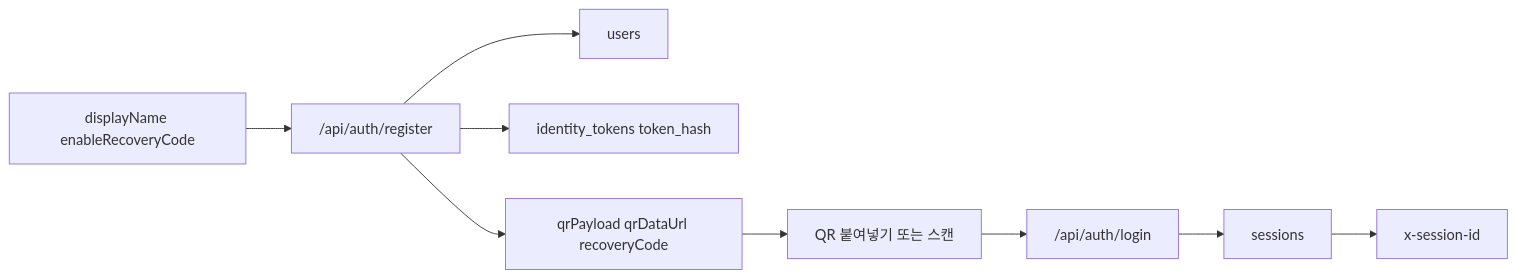
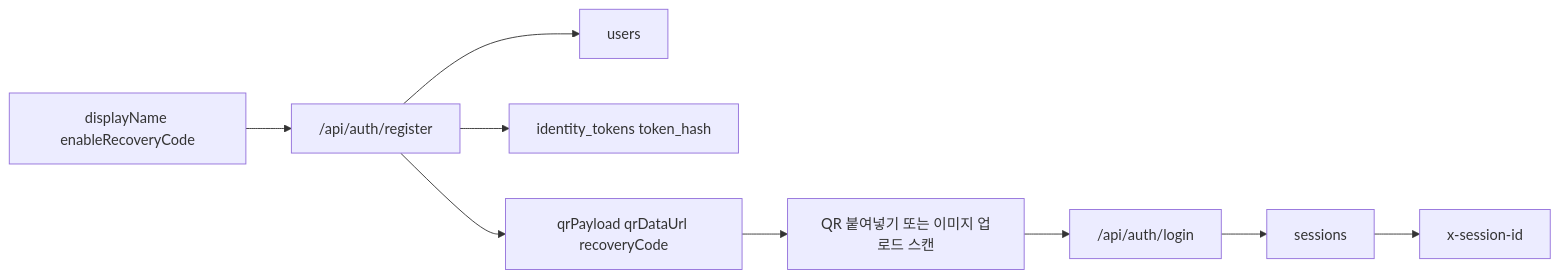
The second of 6 diagrams in ABSORB.md (js4484821266/turinglet), drawn with Mermaid before and after one commit. The commit also changed other lines of this file and 2 other files, not shown here.

Commit message:
카메라 스캔 로그인 기능 제거

````diff
--- a/ABSORB.md
+++ b/ABSORB.md
@@ -152,11 +152,11 @@
 ```mermaid
 flowchart LR
     Register[displayName enableRecoveryCode] --> RegisterAPI["/api/auth/register"]
     RegisterAPI --> UserTable[users]
     RegisterAPI --> TokenTable[identity_tokens token_hash]
     RegisterAPI --> QR[qrPayload qrDataUrl recoveryCode]
-    QR --> LoginInput[QR 붙여넣기 또는 스캔]
+    QR --> LoginInput[QR 붙여넣기 또는 이미지 업로드 스캔]
     LoginInput --> LoginAPI["/api/auth/login"]
     LoginAPI --> SessionTable[sessions]
     SessionTable --> SessionId[x-session-id]
 ```
````
